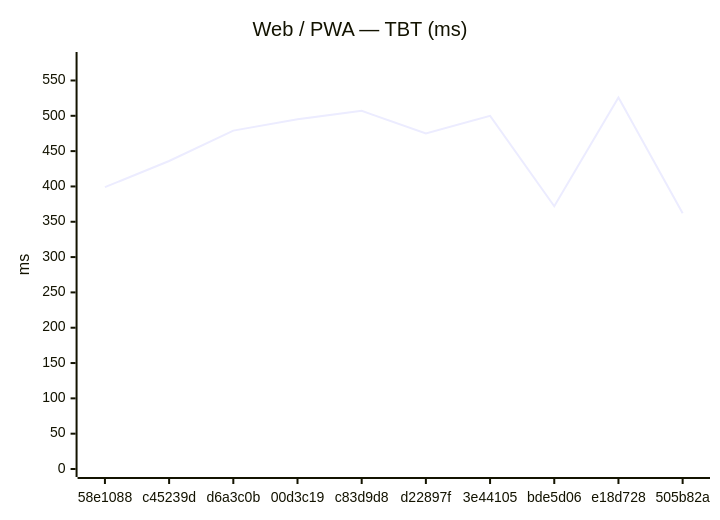
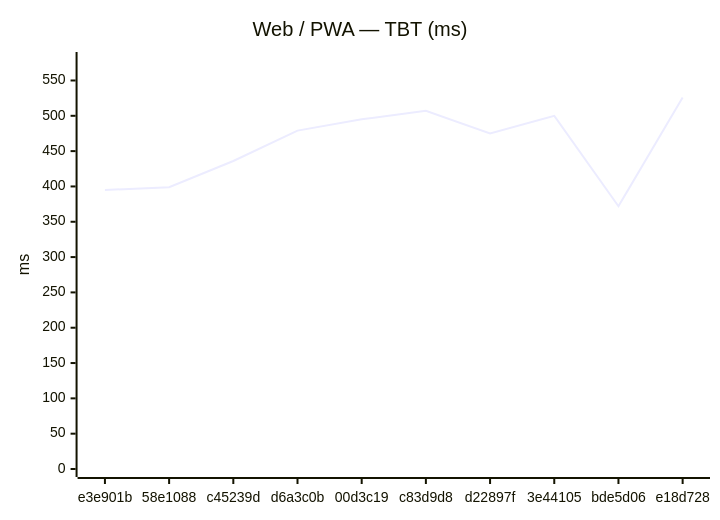
Before and after one commit to Metaheurist/Rianell: the second of 18 diagrams in benchmarks/compare.md, drawn with Mermaid. The commit also changed other lines of this file and 11 other files, not shown here.

````diff
--- a/benchmarks/compare.md
+++ b/benchmarks/compare.md
@@ -31,7 +31,7 @@
 ```mermaid
 xychart-beta
     title "Web / PWA — TBT (ms)"
-    x-axis ["58e1088", "c45239d", "d6a3c0b", "00d3c19", "c83d9d8", "d22897f", "3e44105", "bde5d06", "e18d728", "505b82a"]
+    x-axis ["e3e901b", "58e1088", "c45239d", "d6a3c0b", "00d3c19", "c83d9d8", "d22897f", "3e44105", "bde5d06", "e18d728"]
     y-axis "ms" 0 --> 579
-    line [399, 436, 479, 495, 507, 475, 500, 372, 526, 362]
+    line [395, 399, 436, 479, 495, 507, 475, 500, 372, 526]
 ```
````
